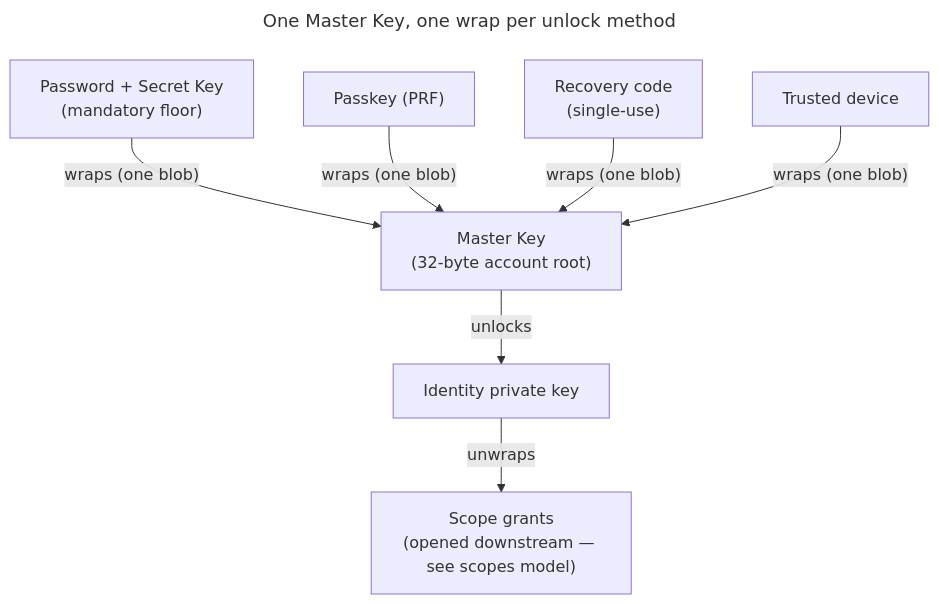
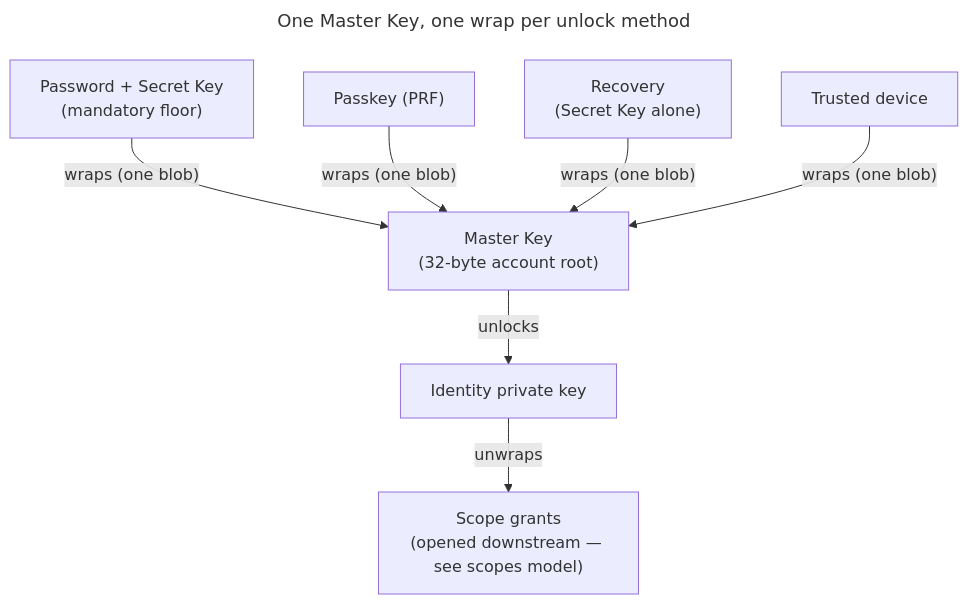
Before and after one commit to raddatzk/veyq: the diagram in docs/features/account/enablers/en.account.key-model.md, drawn with Mermaid. The commit also changed other lines of this file and 12 other files, not shown here.

````diff
--- a/docs/features/account/enablers/en.account.key-model.md
+++ b/docs/features/account/enablers/en.account.key-model.md
@@ -33,20 +34,20 @@
 ```mermaid
 ---
 title: One Master Key, one wrap per unlock method
 ---
 flowchart TB
   pw["Password + Secret Key<br>(mandatory floor)"]
   pk["Passkey (PRF)"]
-  rec["Recovery code<br>(single-use)"]
+  rec["Recovery<br>(Secret Key alone)"]
   dev["Trusted device"]
   muk["Master Key<br>(32-byte account root)"]
   idk["Identity private key"]
   grants["Scope grants<br>(opened downstream — see scopes model)"]
 
   pw -->|"wraps (one blob)"| muk
   pk -->|"wraps (one blob)"| muk
   rec -->|"wraps (one blob)"| muk
   dev -->|"wraps (one blob)"| muk
   muk -->|"unlocks"| idk
   idk -->|"unwraps"| grants
 ```
````
